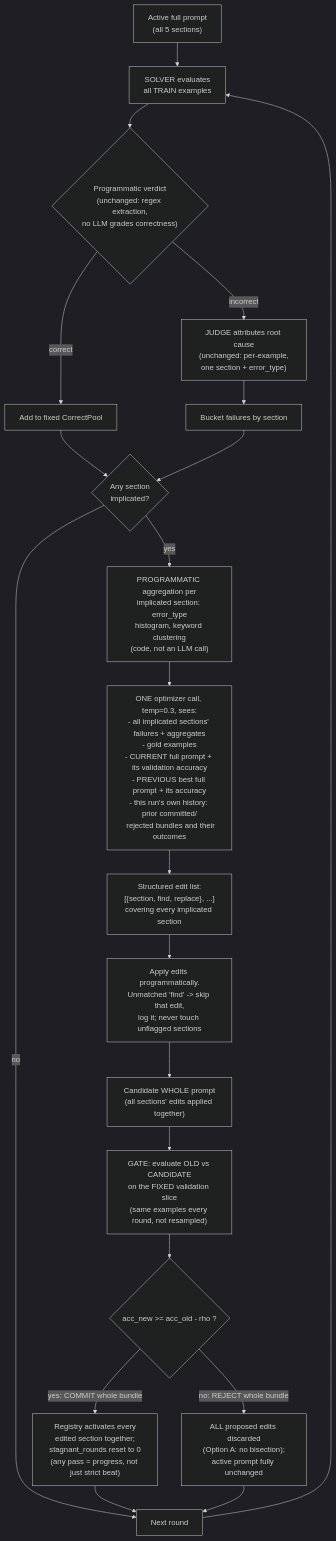
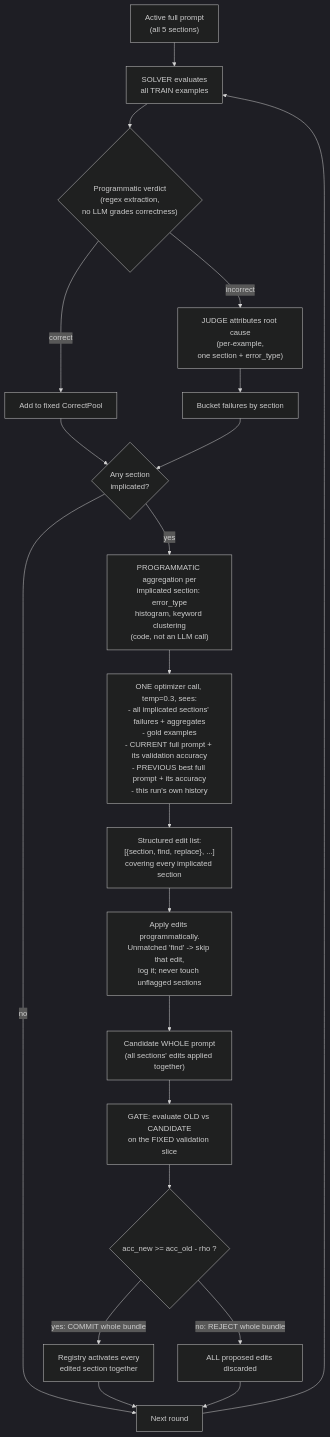
The second of 4 diagrams in Docs/fdpo_mechanism.md (Chinmoy17/promptomizer_2), drawn with Mermaid (dark theme) before and after one commit. The commit also changed other lines of this file, not shown here.

````diff
--- a/Docs/fdpo_mechanism.md
+++ b/Docs/fdpo_mechanism.md
@@ -54,23 +333,23 @@
 ```mermaid
 flowchart TD
-    A["Active full prompt\n(all 5 sections)"] --> B["SOLVER evaluates\nall TRAIN examples"]
-    B --> C{"Programmatic verdict\n(unchanged: regex extraction,\nno LLM grades correctness)"}
+    A["Active full prompt<br/>(all 5 sections)"] --> B["SOLVER evaluates<br/>all TRAIN examples"]
+    B --> C{"Programmatic verdict<br/>(regex extraction,<br/>no LLM grades correctness)"}
     C -->|correct| D["Add to fixed CorrectPool"]
-    C -->|incorrect| E["JUDGE attributes root cause\n(unchanged: per-example,\none section + error_type)"]
+    C -->|incorrect| E["JUDGE attributes root cause<br/>(per-example,<br/>one section + error_type)"]
     E --> F["Bucket failures by section"]
     D --> G
-    F --> G{"Any section\nimplicated?"}
+    F --> G{"Any section<br/>implicated?"}
     G -->|no| Z["Next round"]
-    G -->|yes| H["PROGRAMMATIC aggregation per\nimplicated section: error_type\nhistogram, keyword clustering\n(code, not an LLM call)"]
-    H --> I["ONE optimizer call, temp=0.3, sees:\n- all implicated sections' failures + aggregates\n- gold examples\n- CURRENT full prompt + its validation accuracy\n- PREVIOUS best full prompt + its accuracy\n- this run's own history: prior committed/\n  rejected bundles and their outcomes"]
-    I --> J["Structured edit list:\n[{section, find, replace}, ...]\ncovering every implicated section"]
-    J --> K["Apply edits programmatically.\nUnmatched 'find' -> skip that edit,\nlog it; never touch unflagged sections"]
-    K --> L["Candidate WHOLE prompt\n(all sections' edits applied together)"]
-    L --> M["GATE: evaluate OLD vs CANDIDATE\non the FIXED validation slice\n(same examples every round, not resampled)"]
-    M --> N{"acc_new >= acc_old - rho ?"}
-    N -->|yes: COMMIT whole bundle| O["Registry activates every\nedited section together;\nstagnant_rounds reset to 0\n(any pass = progress, not just strict beat)"]
-    N -->|no: REJECT whole bundle| P["ALL proposed edits discarded\n(Option A: no bisection);\nactive prompt fully unchanged"]
+    G -->|yes| H["PROGRAMMATIC aggregation per<br/>implicated section: error_type<br/>histogram, keyword clustering<br/>(code, not an LLM call)"]
+    H --> I["ONE optimizer call, temp=0.3, sees:<br/>- all implicated sections' failures + aggregates<br/>- gold examples<br/>- CURRENT full prompt + its validation accuracy<br/>- PREVIOUS best full prompt + its accuracy<br/>- this run's own history"]
+    I --> J["Structured edit list:<br/>[{section, find, replace}, ...]<br/>covering every implicated section"]
+    J --> K["Apply edits programmatically.<br/>Unmatched 'find' -> skip that edit,<br/>log it; never touch unflagged sections"]
+    K --> L["Candidate WHOLE prompt<br/>(all sections' edits applied together)"]
+    L --> M["GATE: evaluate OLD vs CANDIDATE<br/>on the FIXED validation slice"]
+    M --> N{"acc_new &gt;= acc_old - rho ?"}
+    N -->|yes: COMMIT whole bundle| O["Registry activates every<br/>edited section together"]
+    N -->|no: REJECT whole bundle| P["ALL proposed edits discarded"]
     O --> Z
     P --> Z
     Z --> B
 ```
````
